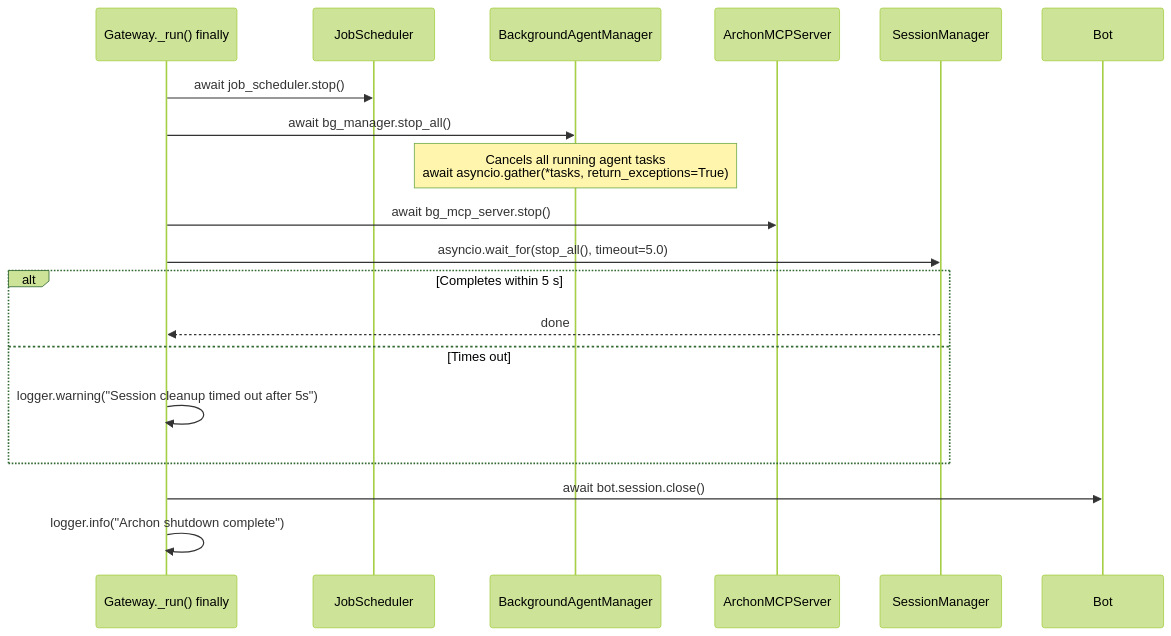
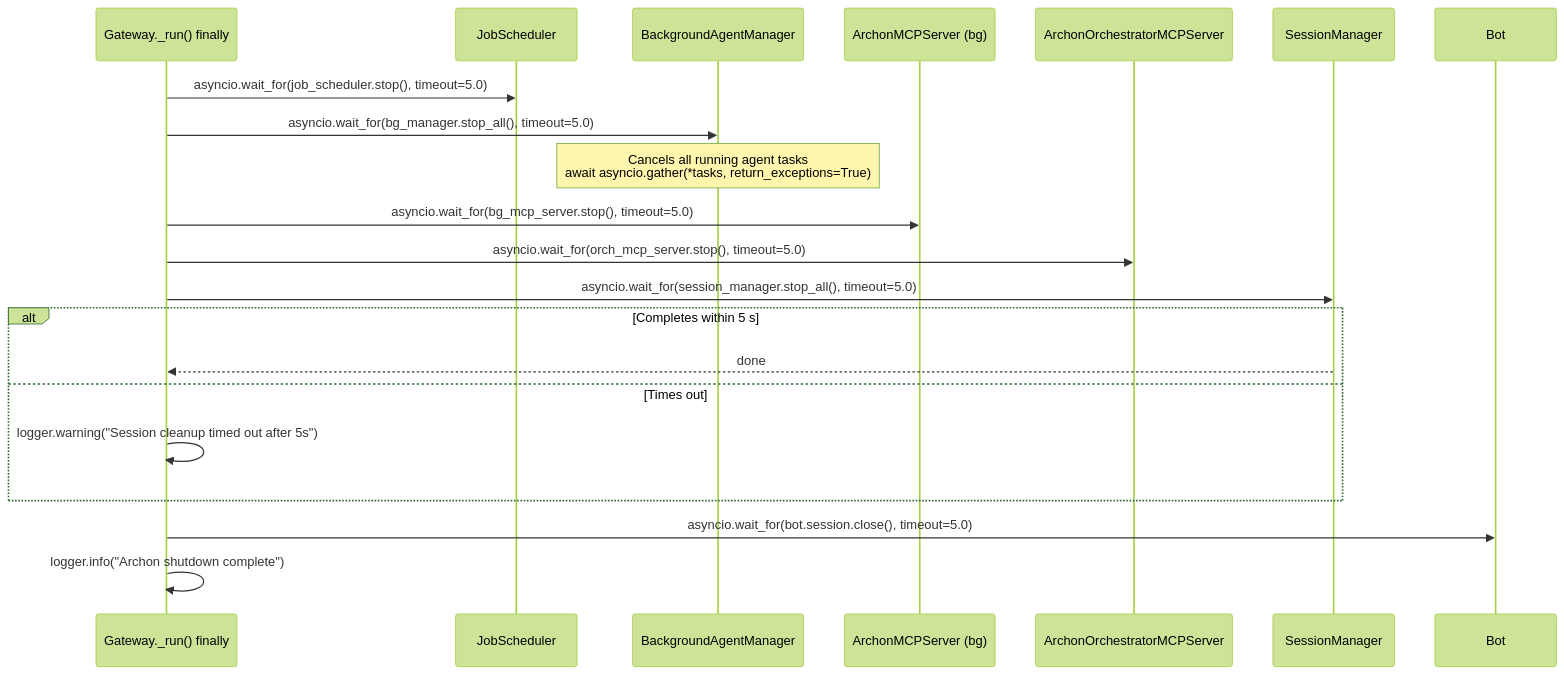
The second of 2 diagrams in Documentation/Architecture/140_error_handling_strategy.md (user538295/archon-assistant), drawn with Mermaid (forest theme) before and after one commit. The commit also changed other lines of this file and 27 other files, not shown here.

````diff
--- a/Documentation/Architecture/140_error_handling_strategy.md
+++ b/Documentation/Architecture/140_error_handling_strategy.md
@@ -237,22 +243,24 @@
 ```mermaid
 sequenceDiagram
     participant G as Gateway._run() finally
     participant CS as JobScheduler
     participant BM as BackgroundAgentManager
-    participant MS as ArchonMCPServer
+    participant MS as ArchonMCPServer (bg)
+    participant OS as ArchonOrchestratorMCPServer
     participant SM as SessionManager
     participant B as Bot
 
-    G->>CS: await job_scheduler.stop()
-    G->>BM: await bg_manager.stop_all()
+    G->>CS: asyncio.wait_for(job_scheduler.stop(), timeout=5.0)
+    G->>BM: asyncio.wait_for(bg_manager.stop_all(), timeout=5.0)
     Note over BM: Cancels all running agent tasks<br/>await asyncio.gather(*tasks, return_exceptions=True)
-    G->>MS: await bg_mcp_server.stop()
-    G->>SM: asyncio.wait_for(stop_all(), timeout=5.0)
+    G->>MS: asyncio.wait_for(bg_mcp_server.stop(), timeout=5.0)
+    G->>OS: asyncio.wait_for(orch_mcp_server.stop(), timeout=5.0)
+    G->>SM: asyncio.wait_for(session_manager.stop_all(), timeout=5.0)
     alt Completes within 5 s
         SM-->>G: done
     else Times out
         G->>G: logger.warning("Session cleanup timed out after 5s")
     end
-    G->>B: await bot.session.close()
+    G->>B: asyncio.wait_for(bot.session.close(), timeout=5.0)
     G->>G: logger.info("Archon shutdown complete")
 ```
````
